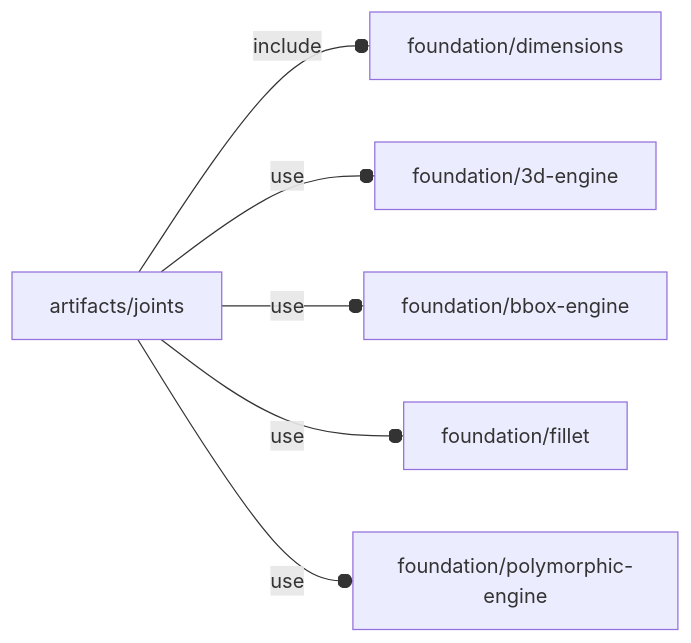
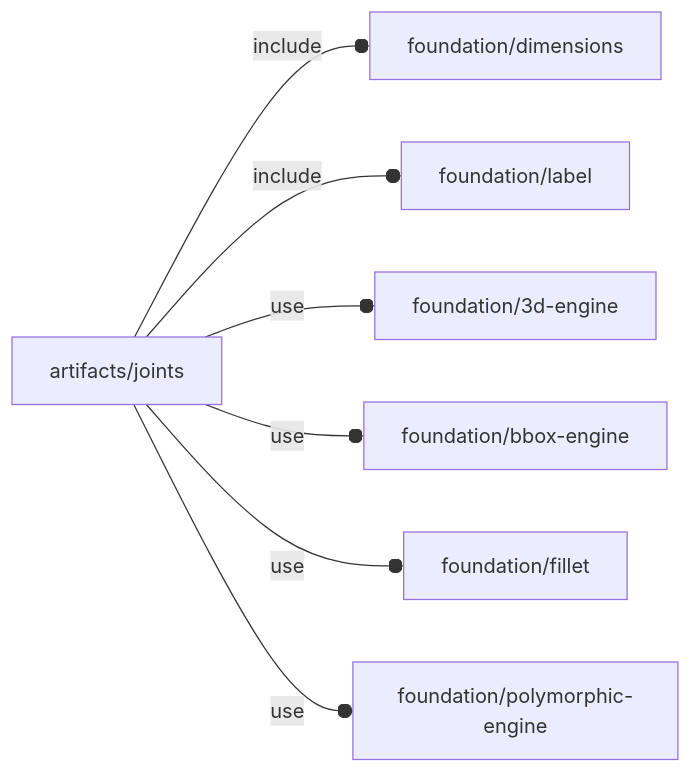
The diagram in orthodocs/artifacts/joints.md (ggabbiani/OFL), drawn with Mermaid before and after one commit. The commit also changed other lines of this file and 5 other files, not shown here.

````diff
--- a/orthodocs/artifacts/joints.md
+++ b/orthodocs/artifacts/joints.md
@@ -5,8 +5,9 @@
 ```mermaid
 graph LR
     A1[artifacts/joints] --o|include| A2[foundation/dimensions]
-    A1 --o|use| A3[foundation/3d-engine]
-    A1 --o|use| A4[foundation/bbox-engine]
-    A1 --o|use| A5[foundation/fillet]
-    A1 --o|use| A6[foundation/polymorphic-engine]
+    A1 --o|include| A3[foundation/label]
+    A1 --o|use| A4[foundation/3d-engine]
+    A1 --o|use| A5[foundation/bbox-engine]
+    A1 --o|use| A6[foundation/fillet]
+    A1 --o|use| A7[foundation/polymorphic-engine]
 ```
````
